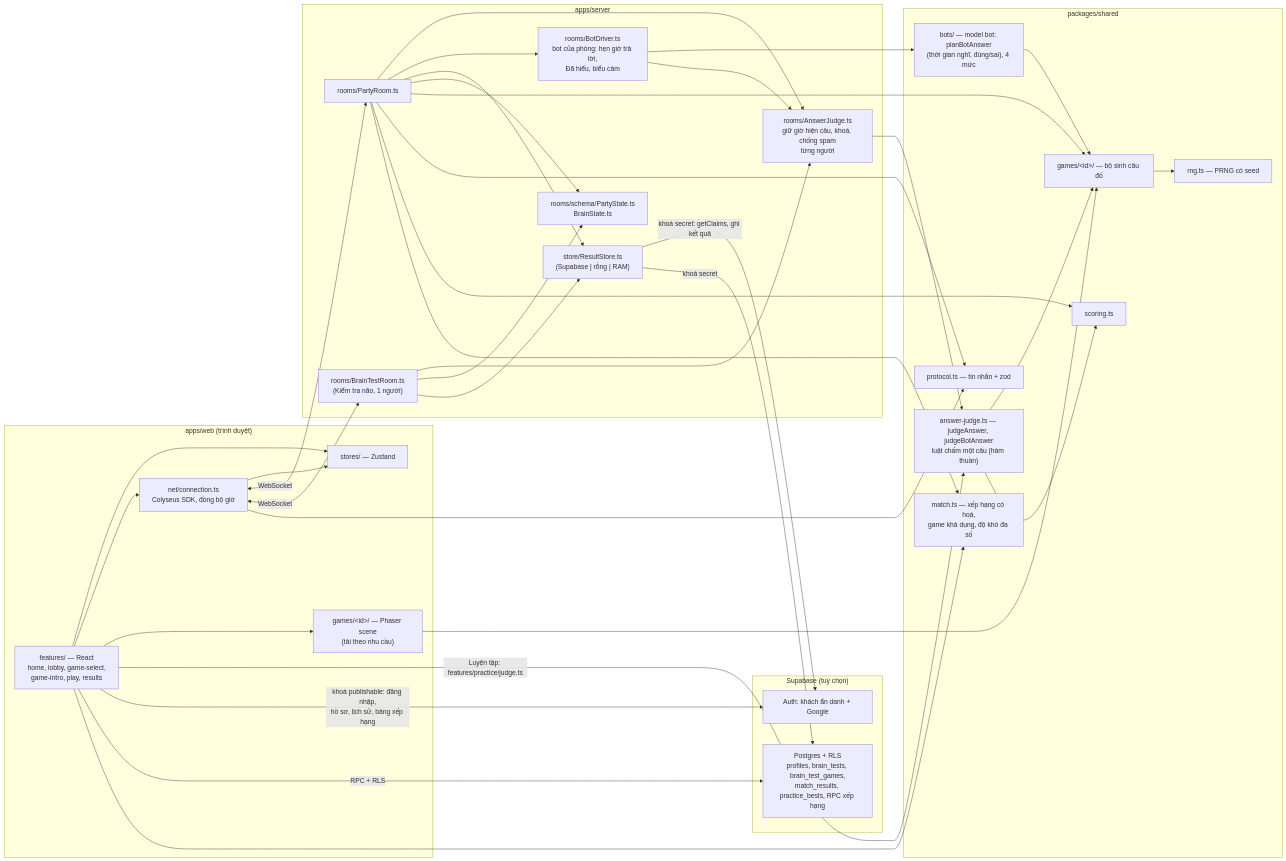
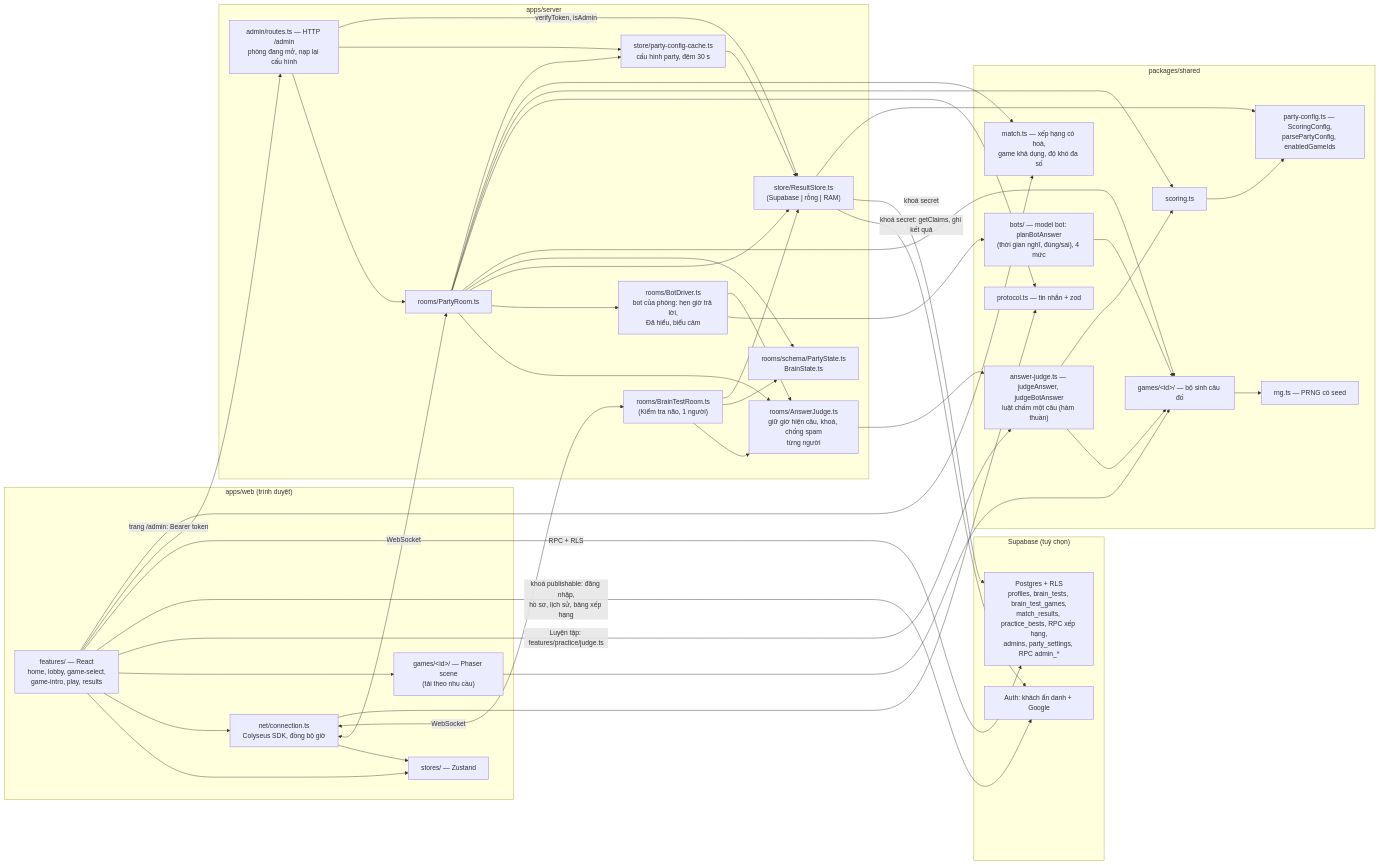
One commit to hungdinh-dev/brain-rizz changed the first of 6 diagrams in docs/02-architecture/overview.md. Above: the diagram before and after it, drawn with Mermaid. The commit also changed other lines of this file and 124 other files, not shown here.

First line of the commit message:
feat: trang quản trị, phòng 12 người, trống quay dọc (CR-017, CR-018, CR-019)

````diff
--- a/docs/02-architecture/overview.md
+++ b/docs/02-architecture/overview.md
@@ -9,62 +9,73 @@
 ```mermaid
 flowchart LR
   subgraph web["apps/web (trình duyệt)"]
     UI["features/ — React<br/>home, lobby, game-select,<br/>game-intro, play, results"]
     STORE["stores/ — Zustand"]
     NET["net/connection.ts<br/>Colyseus SDK, đồng bộ giờ"]
     PH["games/&lt;id&gt;/ — Phaser scene<br/>(tải theo nhu cầu)"]
   end
   subgraph shared["packages/shared"]
     GEN["games/&lt;id&gt;/ — bộ sinh câu đố"]
     PROTO["protocol.ts — tin nhắn + zod"]
     RNG["rng.ts — PRNG có seed"]
     SCORE["scoring.ts"]
+    PCFG["party-config.ts — ScoringConfig,<br/>parsePartyConfig, enabledGameIds"]
     SJUDGE["answer-judge.ts — judgeAnswer, judgeBotAnswer<br/>luật chấm một câu (hàm thuần)"]
     BOTS["bots/ — model bot: planBotAnswer<br/>(thời gian nghĩ, đúng/sai), 4 mức"]
     MATCH["match.ts — xếp hạng có hoà,<br/>game khả dụng, độ khó đa số"]
   end
   subgraph server["apps/server"]
     ROOM["rooms/PartyRoom.ts"]
     BOTD["rooms/BotDriver.ts<br/>bot của phòng: hẹn giờ trả lời,<br/>Đã hiểu, biểu cảm"]
     BRAIN["rooms/BrainTestRoom.ts<br/>(Kiểm tra não, 1 người)"]
     JUDGE["rooms/AnswerJudge.ts<br/>giữ giờ hiện câu, khoá, chống spam<br/>từng người"]
     STATE["rooms/schema/PartyState.ts<br/>BrainState.ts"]
     RSTORE["store/ResultStore.ts<br/>(Supabase | rỗng | RAM)"]
+    PCACHE["store/party-config-cache.ts<br/>cấu hình party, đệm 30 s"]
+    ADMIN["admin/routes.ts — HTTP /admin<br/>phòng đang mở, nạp lại cấu hình"]
   end
   subgraph supa["Supabase (tuỳ chọn)"]
     AUTH["Auth: khách ẩn danh + Google"]
-    DB["Postgres + RLS<br/>profiles, brain_tests, brain_test_games,<br/>match_results, practice_bests, RPC xếp hạng"]
+    DB["Postgres + RLS<br/>profiles, brain_tests, brain_test_games,<br/>match_results, practice_bests, RPC xếp hạng,<br/>admins, party_settings, RPC admin_*"]
   end
   UI --> STORE
   NET --> STORE
   UI --> NET
   UI --> PH
   PH --> GEN
   NET <-->|WebSocket| ROOM
   NET <-->|WebSocket| BRAIN
   ROOM --> JUDGE
   ROOM --> BOTD
   BOTD --> BOTS
   BOTD --> JUDGE
   BOTS --> GEN
   BRAIN --> JUDGE
   JUDGE --> SJUDGE
   SJUDGE --> GEN
   SJUDGE --> SCORE
   UI -->|"Luyện tập: features/practice/judge.ts"| SJUDGE
   BRAIN --> STATE
   ROOM --> RSTORE
   BRAIN --> RSTORE
   RSTORE -->|"khoá secret: getClaims, ghi kết quả"| AUTH
   RSTORE -->|khoá secret| DB
   UI -->|"khoá publishable: đăng nhập,<br/>hồ sơ, lịch sử, bảng xếp hạng"| AUTH
   UI -->|RPC + RLS| DB
   ROOM --> STATE
   ROOM --> GEN
   ROOM --> PROTO
   ROOM --> SCORE
   ROOM --> MATCH
+  ROOM --> PCACHE
+  PCACHE --> RSTORE
+  RSTORE --> PCFG
+  SCORE --> PCFG
+  ADMIN --> ROOM
+  ADMIN --> PCACHE
+  ADMIN -->|"verifyToken, isAdmin"| RSTORE
+  UI -->|"trang /admin: Bearer token"| ADMIN
   UI --> MATCH
   NET --> PROTO
   GEN --> RNG
 ```
````
